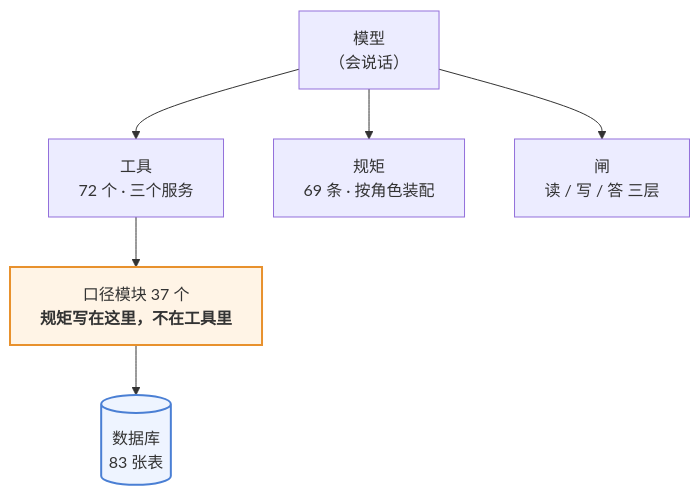
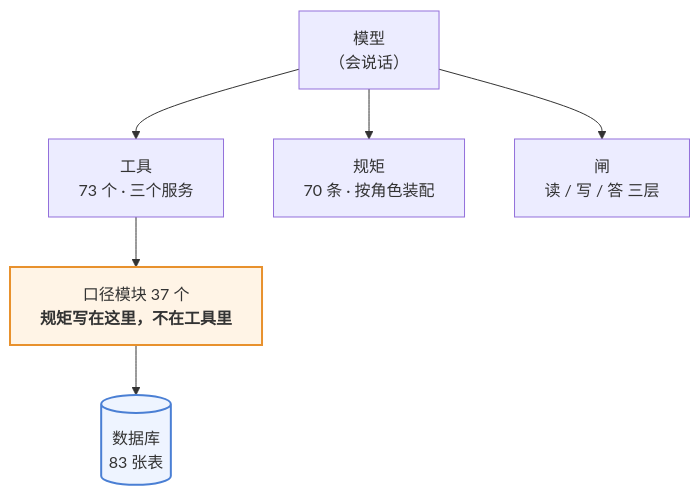
Before and after one commit to 843773296-rgb/lanxiu-yunshang-agent: the first of 3 diagrams in 澜绣云裳agent-产品说明.md, drawn with Mermaid. The commit also changed other lines of this file and 9 other files, not shown here.

````diff
--- a/澜绣云裳agent-产品说明.md
+++ b/澜绣云裳agent-产品说明.md
@@ -62,12 +62,12 @@
 ```mermaid
 flowchart TD
     M["模型<br/>（会说话）"]
-    M --> T["工具<br/>72 个 · 三个服务"]
-    M --> R["规矩<br/>69 条 · 按角色装配"]
+    M --> T["工具<br/>73 个 · 三个服务"]
+    M --> R["规矩<br/>70 条 · 按角色装配"]
     M --> G["闸<br/>读 / 写 / 答 三层"]
     T --> K["口径模块 37 个<br/><b>规矩写在这里，不在工具里</b>"]
     K --> DB[("数据库<br/>83 张表")]
 
     style K fill:#fff4e6,stroke:#e8912d,stroke-width:2px
     style DB fill:#eef4ff,stroke:#4a7fd4,stroke-width:2px
 ```
````
